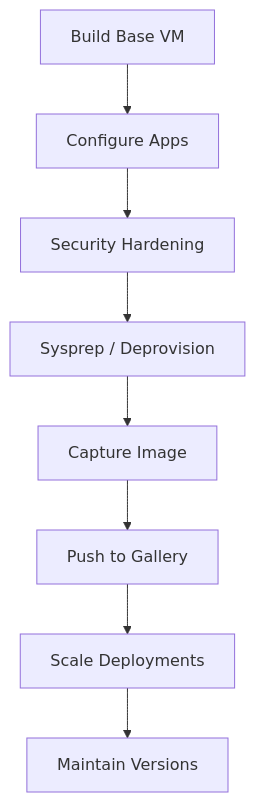
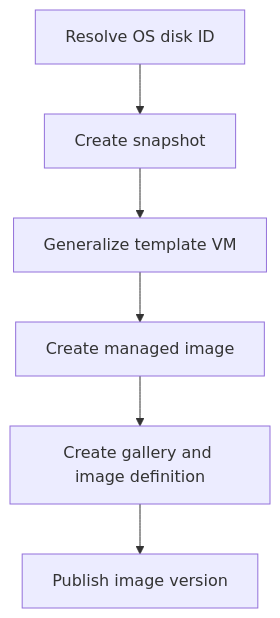
The diagram in docs/operations/snapshots-and-images.md (yeongseon/azure-virtual-machine-practical-guide), drawn with Mermaid before and after one commit. The commit also changed other lines of this file and 9 other files, not shown here.

````diff
--- a/docs/operations/snapshots-and-images.md
+++ b/docs/operations/snapshots-and-images.md
@@ -40,10 +47,8 @@
 ```mermaid
-graph TD
-    A[Build Base VM] --> B[Configure Apps]
-    B --> C[Security Hardening]
-    C --> D[Sysprep / Deprovision]
-    D --> E[Capture Image]
-    E --> F[Push to Gallery]
-    F --> G[Scale Deployments]
-    G --> H[Maintain Versions]
+flowchart TD
+    A[Resolve OS disk ID] --> B[Create snapshot]
+    B --> C[Generalize template VM]
+    C --> D[Create managed image]
+    D --> E[Create gallery and image definition]
+    E --> F[Publish image version]
 ```
````
